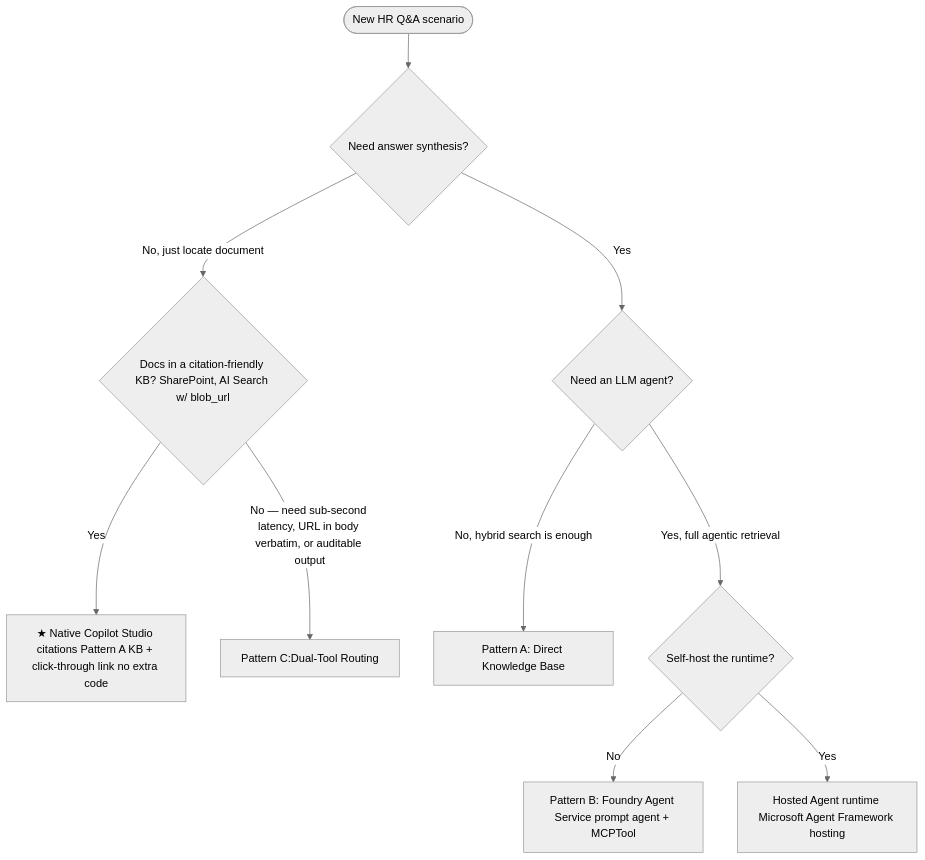
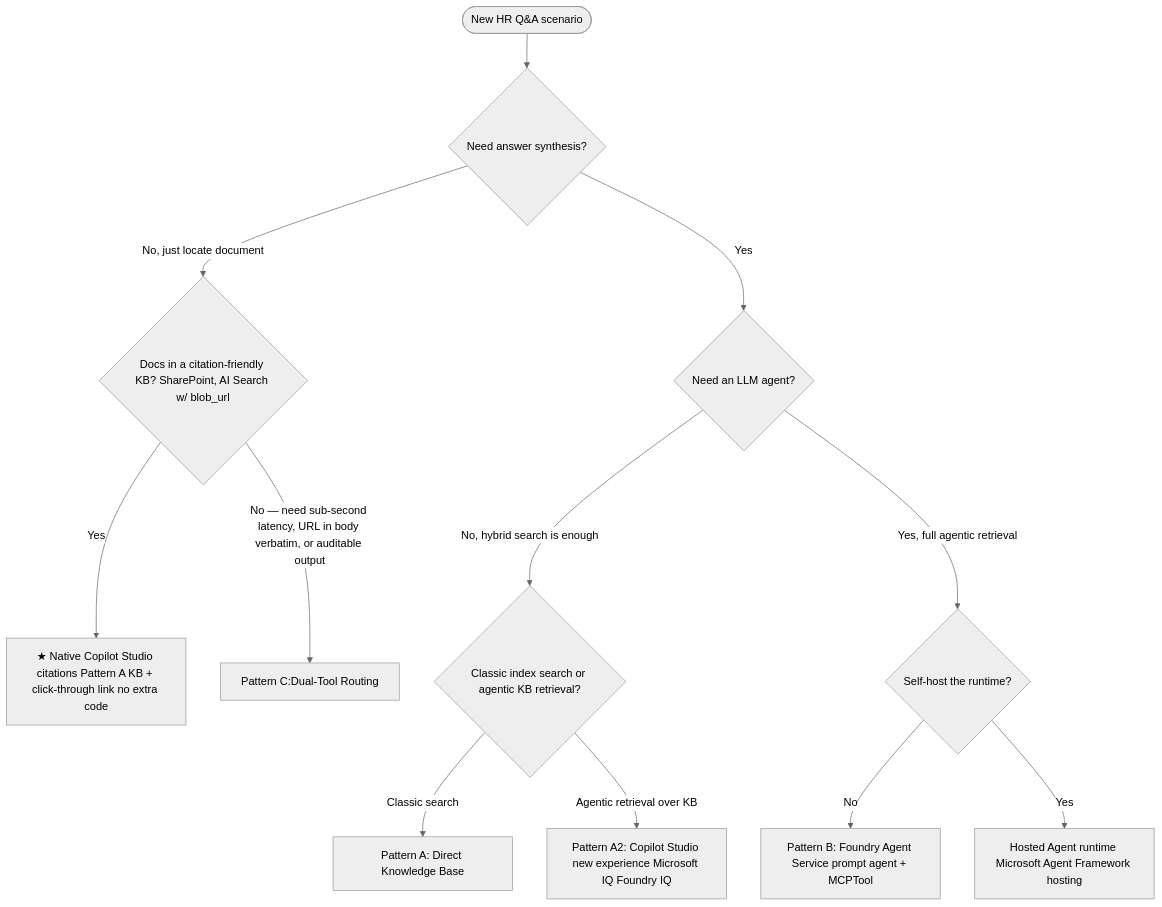
One commit to honestypugh2/foundry-copilot-hr-policy-knowledge changed the diagram in docs/RetrievalPatterns.md. Above: the diagram before and after it, drawn with Mermaid (neutral theme). The commit also changed other lines of this file and 26 other files, not shown here.

First line of the commit message:
Align model naming and clarify pattern/search-mode story across code and docs

````diff
--- a/docs/RetrievalPatterns.md
+++ b/docs/RetrievalPatterns.md
@@ -18,12 +18,14 @@
 ```mermaid
 flowchart TD
     Start([New HR Q&A scenario]) --> Q1{Need answer synthesis?}
     Q1 -- No, just locate document --> QL{Docs in a citation-friendly KB? SharePoint, AI Search w/ blob_url}
     QL -- Yes --> Native[★ Native Copilot Studio citations Pattern A KB + click-through link no extra code]
     QL -- "No — need sub-second latency, URL in body verbatim, or auditable output" --> C[Pattern C:Dual-Tool Routing]
     Q1 -- Yes --> Q2{Need an LLM agent?}
-    Q2 -- No, hybrid search is enough --> A[Pattern A: Direct Knowledge Base]
+    Q2 -- No, hybrid search is enough --> QK{Classic index search or agentic KB retrieval?}
+    QK -- Classic search --> A[Pattern A: Direct Knowledge Base]
+    QK -- Agentic retrieval over KB --> A2[Pattern A2: Copilot Studio new experience Microsoft IQ Foundry IQ]
     Q2 -- Yes, full agentic retrieval --> Q3{Self-host the runtime?}
     Q3 -- No --> B[Pattern B: Foundry Agent Service prompt agent + MCPTool ]
     Q3 -- Yes --> H[Hosted Agent runtime Microsoft Agent Framework hosting]
 ```
````
